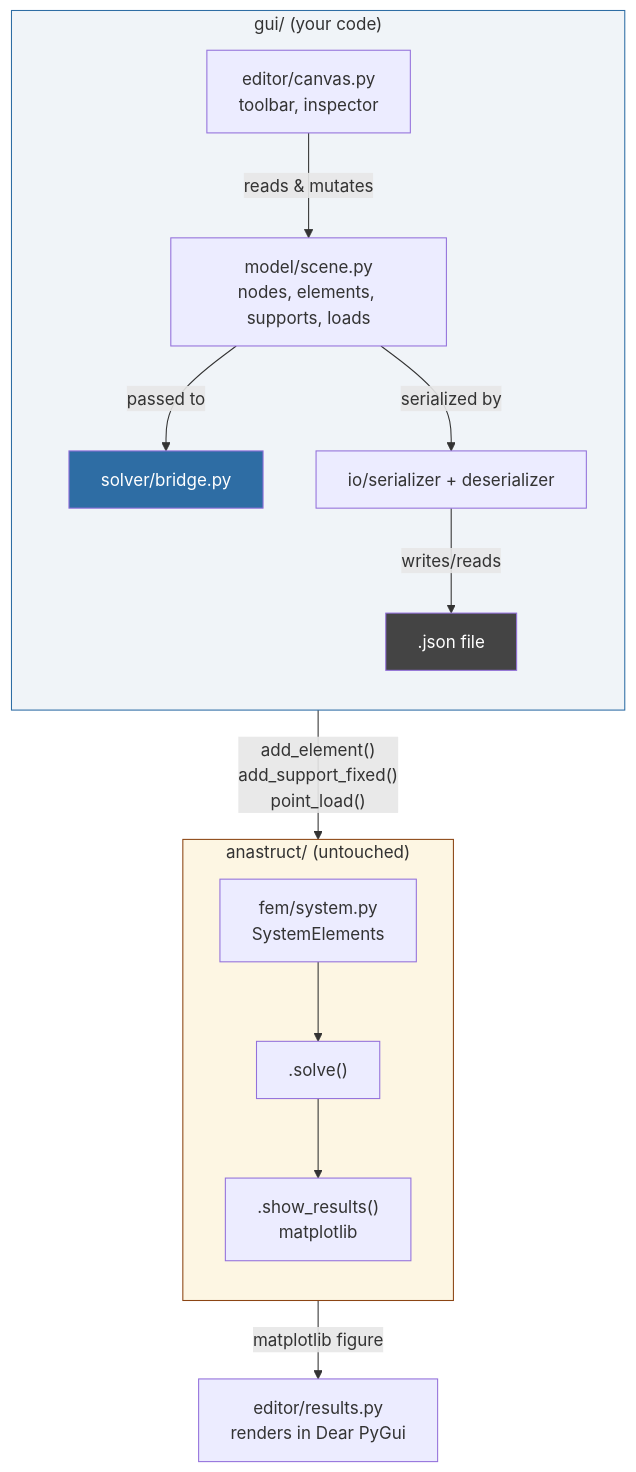
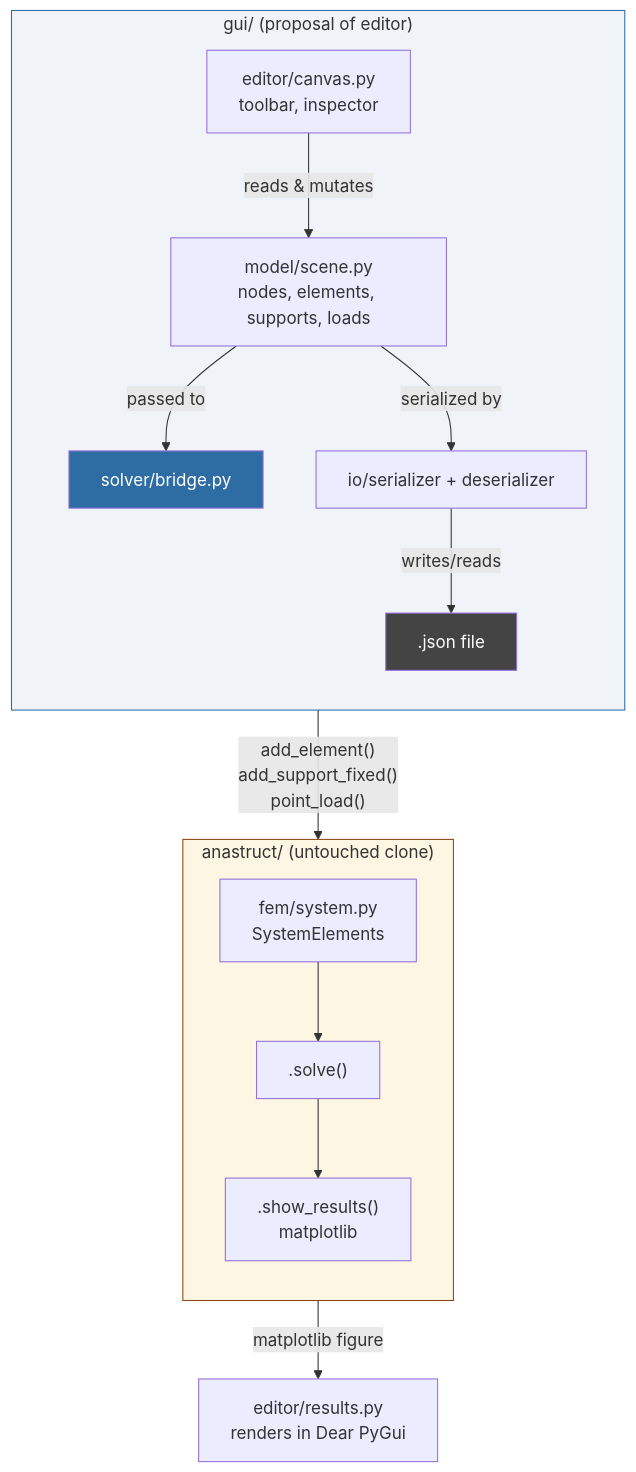
The diagram in anastruct/gui/interaction_chart.mmd (fcarvajalbrown/anaStruct-editor), drawn with Mermaid before and after one commit. The commit also changed 1 other file, not shown here.

```diff
--- a/anastruct/gui/interaction_chart.mmd
+++ b/anastruct/gui/interaction_chart.mmd
@@ -1,32 +1,32 @@
 flowchart TD
-    subgraph GUI ["gui/ (your code)"]
+    subgraph GUI ["gui/ (proposal of editor) "]
         direction TB
         E["editor/canvas.py<br/>toolbar, inspector"]
         S["model/scene.py<br/>nodes, elements, supports, loads"]
         B["solver/bridge.py"]
         IO["io/serializer + deserializer"]
 
         E -->|reads & mutates| S
         S -->|passed to| B
         S -->|serialized by| IO
         IO -->|writes/reads| JSON_FILE[".json file"]
     end
 
-    subgraph ANASTRUCT ["anastruct/ (untouched)"]
+    subgraph ANASTRUCT ["anastruct/ (untouched clone)"]
         direction TB
         SYS["fem/system.py<br/>SystemElements"]
         SOLVE[".solve()"]
         PLOT[".show_results()<br/>matplotlib"]
 
         SYS --> SOLVE
         SOLVE --> PLOT
     end
 
     B -->|"add_element()<br/>add_support_fixed()<br/>point_load()"| SYS
     PLOT -->|matplotlib figure| R["editor/results.py<br/>renders in Dear PyGui"]
 
     %% Style Definitions
     style GUI fill:#f0f4f8,stroke:#2E6DA4
     style ANASTRUCT fill:#fdf6e3,stroke:#8B4513
     style B fill:#2E6DA4,color:#fff
     style JSON_FILE fill:#444,color:#fff
```
